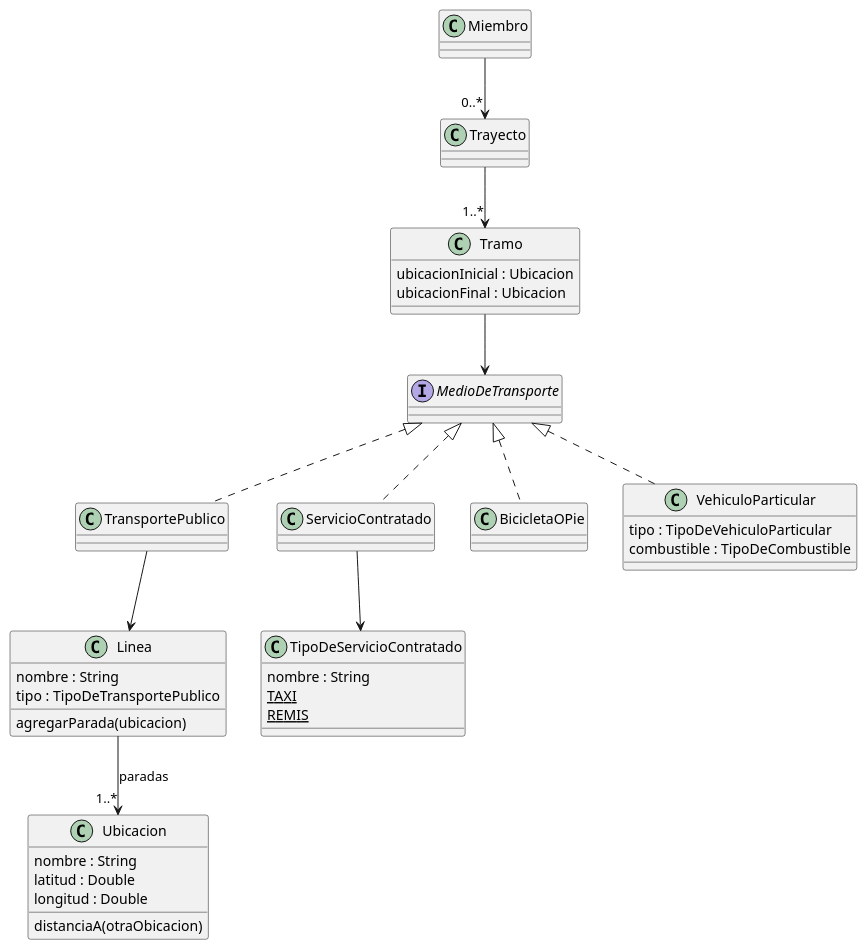
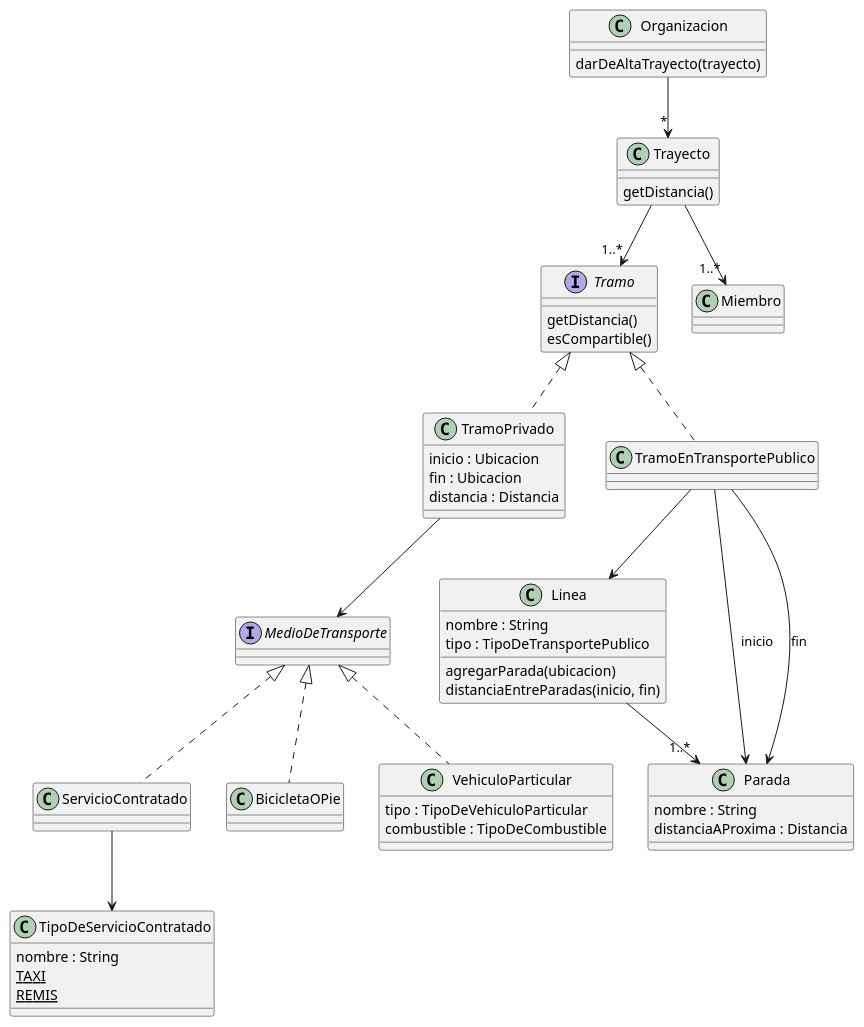
The diagram in docs/tpa2/tpa2-trayectos.puml (RaniAgus/dds-2022), drawn with PlantUML before and after one commit. The commit also changed 1 other file, not shown here.

Commit message:
diagramas de trayectos

```diff
--- a/docs/tpa2/tpa2-trayectos.puml
+++ b/docs/tpa2/tpa2-trayectos.puml
@@ -1,56 +1,71 @@
 @startuml
 
-Miembro --> "0..*" Trayecto
+class Organizacion {
+    darDeAltaTrayecto(trayecto)
+}
+
+Organizacion --> "*" Trayecto
 
 class Trayecto {
-
+    getDistancia()
 }
 
 Trayecto --> "1..*" Tramo
+Trayecto --> "1..*" Miembro
 
-class Tramo {
-    ubicacionInicial : Ubicacion
-    ubicacionFinal : Ubicacion
+interface Tramo {
+    getDistancia()
+    esCompartible()
 }
 
-Tramo --> MedioDeTransporte
+class TramoPrivado implements Tramo {
+    inicio : Ubicacion
+    fin : Ubicacion
+    distancia : Distancia
+}
+
+TramoPrivado --> MedioDeTransporte
 
 interface MedioDeTransporte {
 }
 
-MedioDeTransporte <|.. TransportePublico
 MedioDeTransporte <|.. ServicioContratado
 MedioDeTransporte <|.. BicicletaOPie
 MedioDeTransporte <|.. VehiculoParticular
 
 class VehiculoParticular {
     tipo : TipoDeVehiculoParticular
     combustible : TipoDeCombustible
 }
 
 ServicioContratado --> TipoDeServicioContratado
 
 class TipoDeServicioContratado {
     nombre : String
     {static} TAXI
     {static} REMIS
 }
 
-TransportePublico --> Linea
+
+class TramoEnTransportePublico implements Tramo {
+}
+
+TramoEnTransportePublico --> Linea
+TramoEnTransportePublico --> Parada : inicio
+TramoEnTransportePublico --> Parada : fin
 
 class Linea {
     nombre : String
     tipo : TipoDeTransportePublico
     agregarParada(ubicacion)
+    distanciaEntreParadas(inicio, fin)
 }
 
-Linea --> "1..*" Ubicacion : paradas
+Linea --> "1..*" Parada
 
-class Ubicacion {
+class Parada {
     nombre : String
-    latitud : Double
-    longitud : Double
-    distanciaA(otraObicacion)
+    distanciaAProxima : Distancia
 }
 
 @enduml
```
